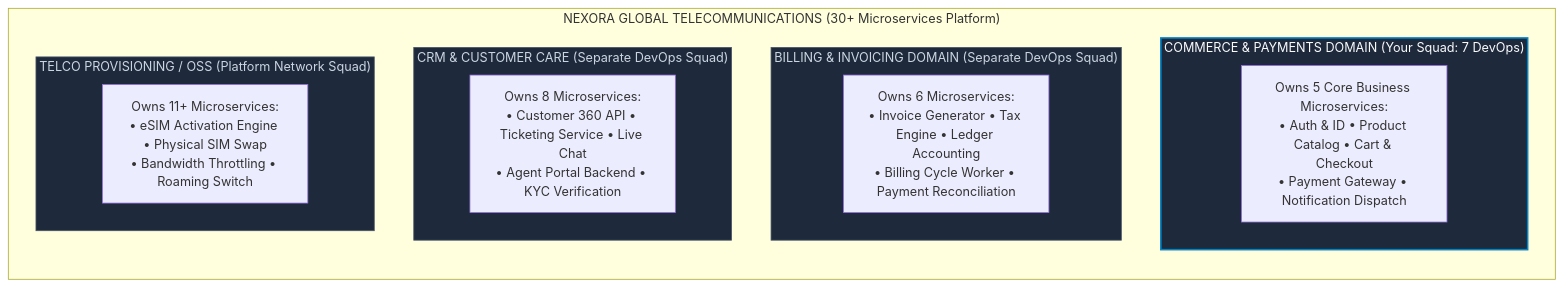
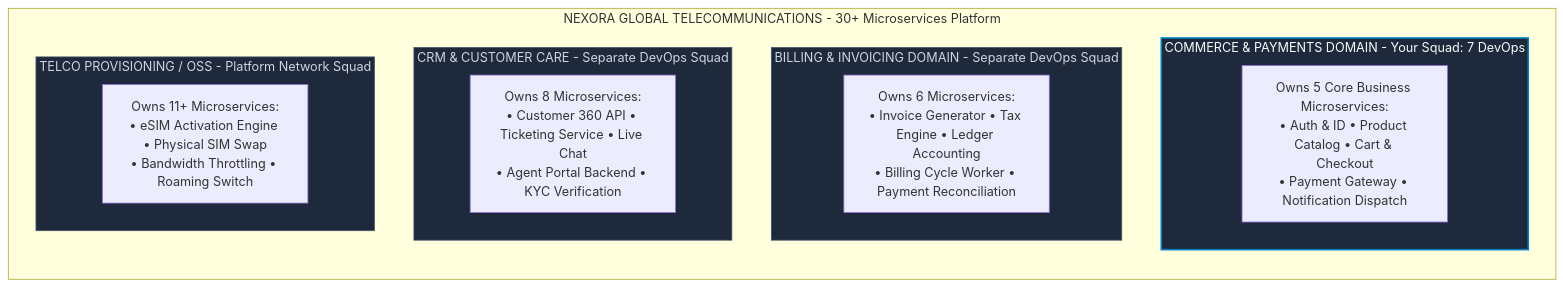
The first of 12 diagrams in DevOps_CI_CD_Master_Engineering_Blueprint.md (pvsafwa/devops-course-playbook), drawn with Mermaid before and after one commit. The commit also changed other lines of this file, not shown here.

````diff
--- a/DevOps_CI_CD_Master_Engineering_Blueprint.md
+++ b/DevOps_CI_CD_Master_Engineering_Blueprint.md
@@ -74,27 +69,27 @@
 ```mermaid
 flowchart TB
-    subgraph EnterprisePlatform["NEXORA GLOBAL TELECOMMUNICATIONS (30+ Microservices Platform)"]
+    subgraph EnterprisePlatform["NEXORA GLOBAL TELECOMMUNICATIONS - 30+ Microservices Platform"]
         direction TB
         
-        subgraph Domain1["COMMERCE & PAYMENTS DOMAIN (Your Squad: 7 DevOps)"]
+        subgraph Domain1["COMMERCE & PAYMENTS DOMAIN - Your Squad: 7 DevOps"]
             D1_Desc["Owns 5 Core Business Microservices:<br/>• Auth & ID • Product Catalog • Cart & Checkout<br/>• Payment Gateway • Notification Dispatch"]
         end
 
-        subgraph Domain2["BILLING & INVOICING DOMAIN (Separate DevOps Squad)"]
+        subgraph Domain2["BILLING & INVOICING DOMAIN - Separate DevOps Squad"]
             D2_Desc["Owns 6 Microservices:<br/>• Invoice Generator • Tax Engine • Ledger Accounting<br/>• Billing Cycle Worker • Payment Reconciliation"]
         end
 
-        subgraph Domain3["CRM & CUSTOMER CARE (Separate DevOps Squad)"]
+        subgraph Domain3["CRM & CUSTOMER CARE - Separate DevOps Squad"]
             D3_Desc["Owns 8 Microservices:<br/>• Customer 360 API • Ticketing Service • Live Chat<br/>• Agent Portal Backend • KYC Verification"]
         end
 
-        subgraph Domain4["TELCO PROVISIONING / OSS (Platform Network Squad)"]
+        subgraph Domain4["TELCO PROVISIONING / OSS - Platform Network Squad"]
             D4_Desc["Owns 11+ Microservices:<br/>• eSIM Activation Engine • Physical SIM Swap<br/>• Bandwidth Throttling • Roaming Switch"]
         end
     end
 
     classDef primary fill:#1e293b,stroke:#0284c7,stroke-width:2px,color:#f8fafc;
     classDef secondary fill:#1e293b,stroke:#475569,stroke-width:1px,color:#cbd5e1;
     class Domain1 primary;
     class Domain2,Domain3,Domain4 secondary;
 ```
````
